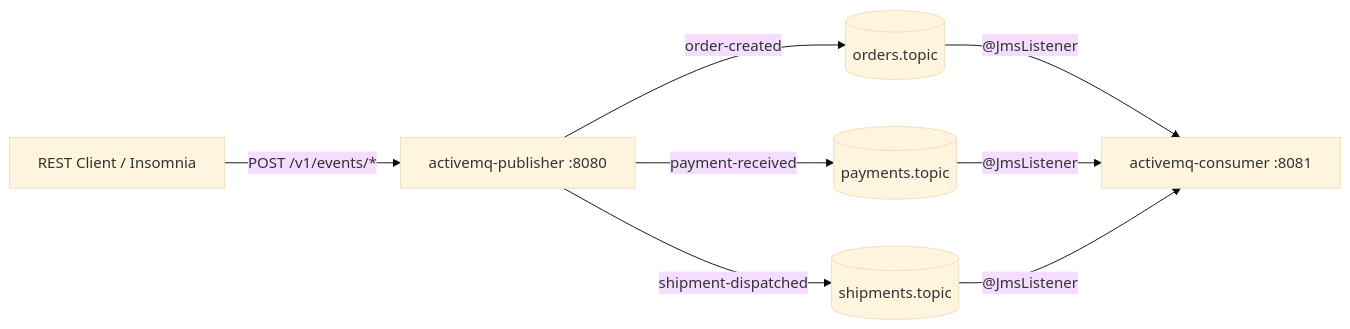
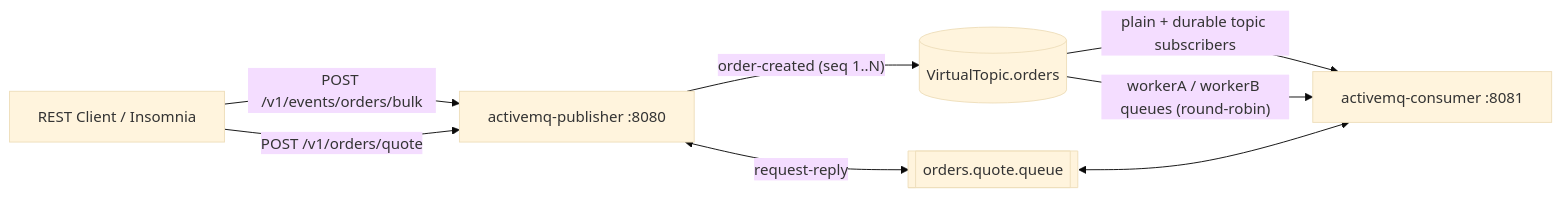
One commit to himnay/learning-activemq changed the first of 25 diagrams in README.md. Above: the diagram before and after it, drawn with Mermaid (base theme). The commit also changed other lines of this file and 16 other files, not shown here.

First line of the commit message:
refactor: single order flow on one virtual-topic destination

````diff
--- a/README.md
+++ b/README.md
@@ -7,10 +7,10 @@
 ```mermaid
 flowchart LR
-    client[REST Client / Insomnia] -->|"POST /v1/events/*"| pub[activemq-publisher :8080]
-    pub -->|order-created| t1[(orders.topic)]
-    pub -->|payment-received| t2[(payments.topic)]
-    pub -->|shipment-dispatched| t3[(shipments.topic)]
-    t1 -->|"@JmsListener"| con[activemq-consumer :8081]
-    t2 -->|"@JmsListener"| con
-    t3 -->|"@JmsListener"| con
+    client[REST Client / Insomnia] -->|"POST /v1/events/orders/bulk"| pub[activemq-publisher :8080]
+    client -->|"POST /v1/orders/quote"| pub
+    pub -->|"order-created (seq 1..N)"| vt[(VirtualTopic.orders)]
+    pub <-->|request-reply| qq[[orders.quote.queue]]
+    vt -->|"plain + durable topic subscribers"| con[activemq-consumer :8081]
+    vt -->|"workerA / workerB queues (round-robin)"| con
+    qq <--> con
 ```
````
